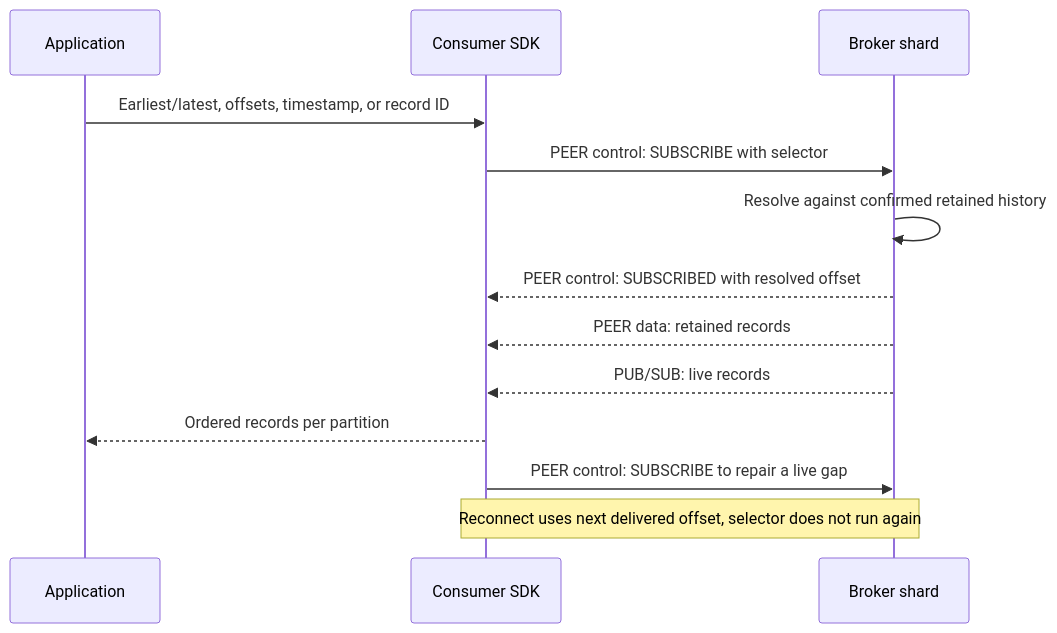
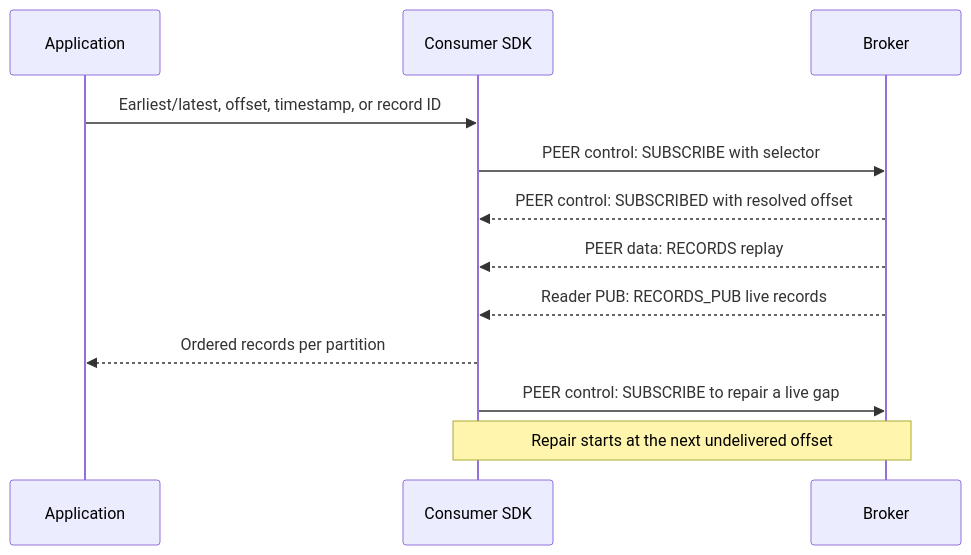
The second of 2 diagrams in doc/PROTOCOL.md (paddor/ozzy), drawn with Mermaid before and after one commit. The commit also changed other lines of this file and 801 other files, not shown here.

````diff
--- a/doc/PROTOCOL.md
+++ b/doc/PROTOCOL.md
@@ -672,15 +363,14 @@
 ```mermaid
 sequenceDiagram
     participant A as Application
     participant C as Consumer SDK
-    participant B as Broker shard
-    A->>C: Earliest/latest, offsets, timestamp, or record ID
+    participant B as Broker
+    A->>C: Earliest/latest, offset, timestamp, or record ID
     C->>B: PEER control: SUBSCRIBE with selector
-    B->>B: Resolve against confirmed retained history
     B-->>C: PEER control: SUBSCRIBED with resolved offset
-    B-->>C: PEER data: retained records
-    B-->>C: PUB/SUB: live records
+    B-->>C: PEER data: RECORDS replay
+    B-->>C: Reader PUB: RECORDS_PUB live records
     C-->>A: Ordered records per partition
     C->>B: PEER control: SUBSCRIBE to repair a live gap
-    Note over C,B: Reconnect uses next delivered offset, selector does not run again
+    Note over C,B: Repair starts at the next undelivered offset
 ```
````
